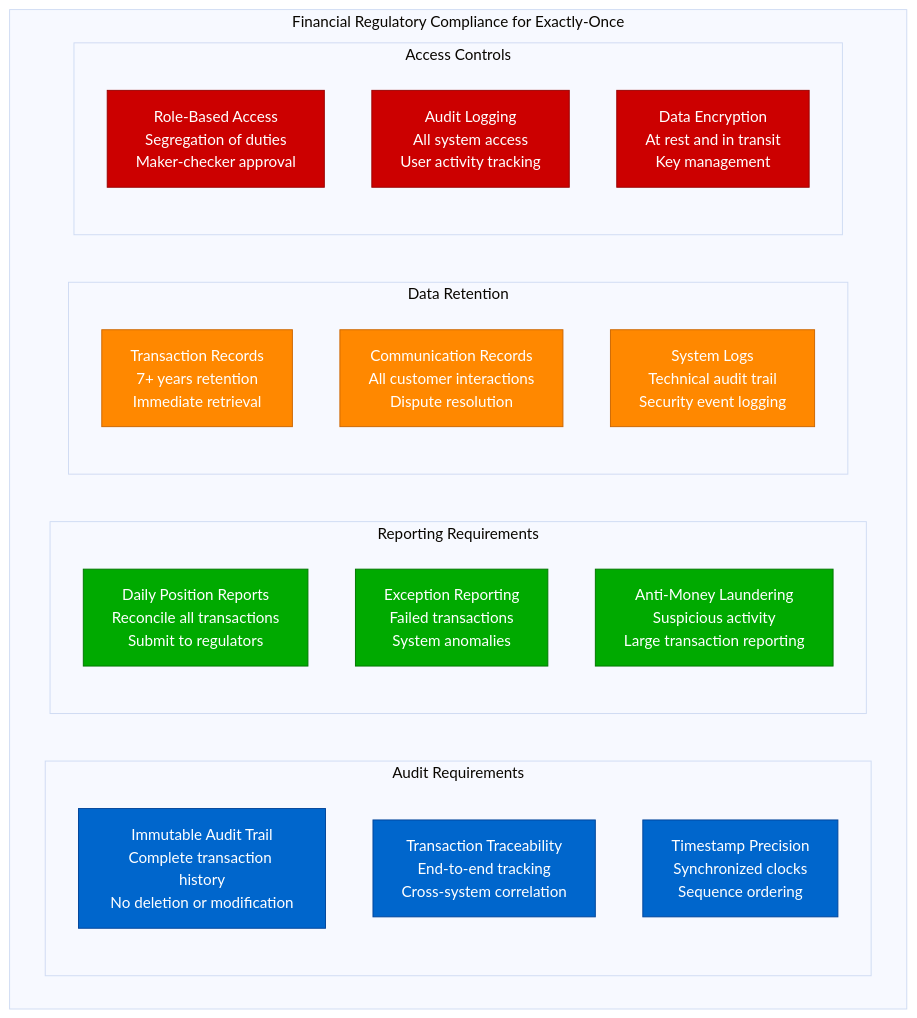
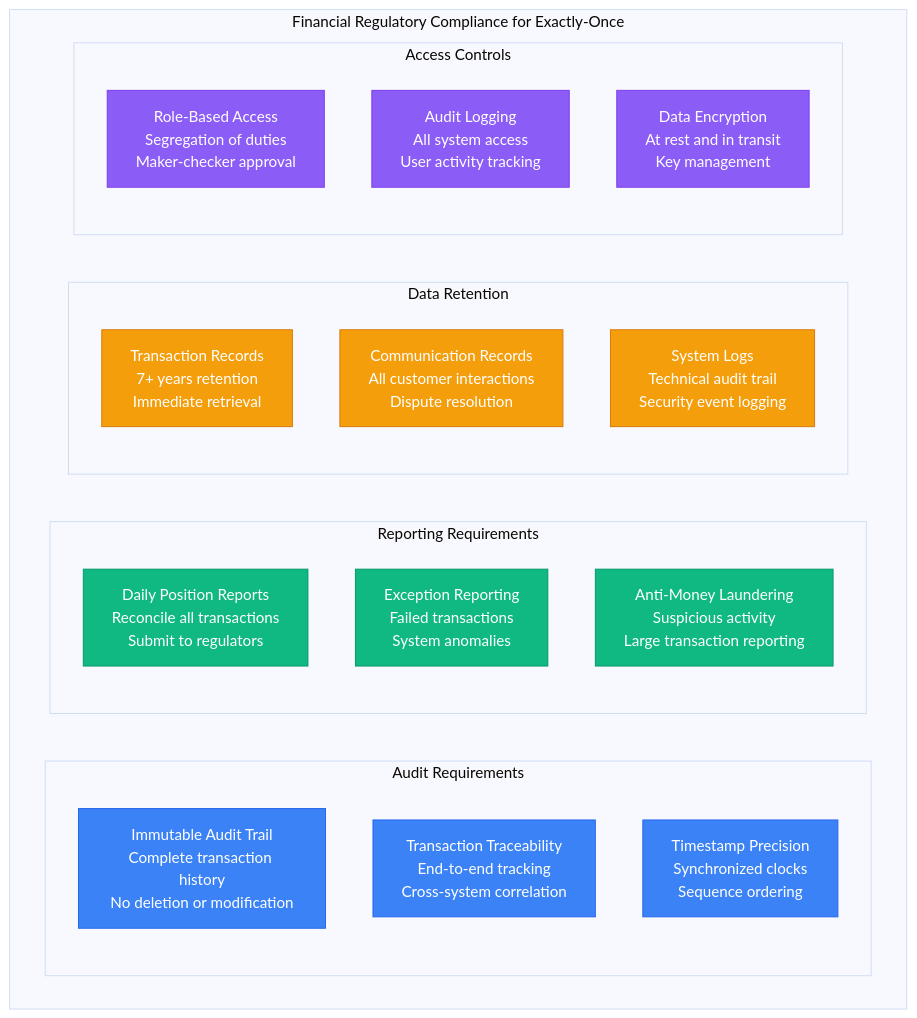
Before and after one commit to deepaucksharma/DS: the seventh of 9 diagrams in site/docs/guarantees/exactly-once/exactly-once-payment.md, drawn with Mermaid (base theme). The commit also changed other lines of this file and 303 other files, not shown here.

````diff
--- a/site/docs/guarantees/exactly-once/exactly-once-payment.md
+++ b/site/docs/guarantees/exactly-once/exactly-once-payment.md
@@ -584,38 +584,38 @@
 ```mermaid
 graph TB
     subgraph ComplianceRequirements[Financial Regulatory Compliance for Exactly-Once]
         subgraph AuditRequirements[Audit Requirements]
             AR1[Immutable Audit Trail<br/>Complete transaction history<br/>No deletion or modification]
             AR2[Transaction Traceability<br/>End-to-end tracking<br/>Cross-system correlation]
             AR3[Timestamp Precision<br/>Synchronized clocks<br/>Sequence ordering]
         end
 
         subgraph ReportingRequirements[Reporting Requirements]
             RR1[Daily Position Reports<br/>Reconcile all transactions<br/>Submit to regulators]
             RR2[Exception Reporting<br/>Failed transactions<br/>System anomalies]
             RR3[Anti-Money Laundering<br/>Suspicious activity<br/>Large transaction reporting]
         end
 
         subgraph DataRetention[Data Retention]
             DR1[Transaction Records<br/>7+ years retention<br/>Immediate retrieval]
             DR2[Communication Records<br/>All customer interactions<br/>Dispute resolution]
             DR3[System Logs<br/>Technical audit trail<br/>Security event logging]
         end
 
         subgraph AccessControls[Access Controls]
             AC1[Role-Based Access<br/>Segregation of duties<br/>Maker-checker approval]
             AC2[Audit Logging<br/>All system access<br/>User activity tracking]
             AC3[Data Encryption<br/>At rest and in transit<br/>Key management]
         end
     end
 
-    classDef auditStyle fill:#0066CC,stroke:#004499,color:#fff
-    classDef reportingStyle fill:#00AA00,stroke:#007700,color:#fff
-    classDef retentionStyle fill:#FF8800,stroke:#CC6600,color:#fff
-    classDef accessStyle fill:#CC0000,stroke:#990000,color:#fff
+    classDef auditStyle fill:#3B82F6,stroke:#2563EB,color:#fff
+    classDef reportingStyle fill:#10B981,stroke:#059669,color:#fff
+    classDef retentionStyle fill:#F59E0B,stroke:#D97706,color:#fff
+    classDef accessStyle fill:#8B5CF6,stroke:#7C3AED,color:#fff
 
     class AR1,AR2,AR3 auditStyle
     class RR1,RR2,RR3 reportingStyle
     class DR1,DR2,DR3 retentionStyle
     class AC1,AC2,AC3 accessStyle
 ```
````
